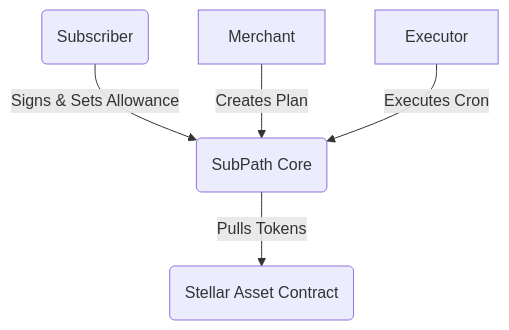
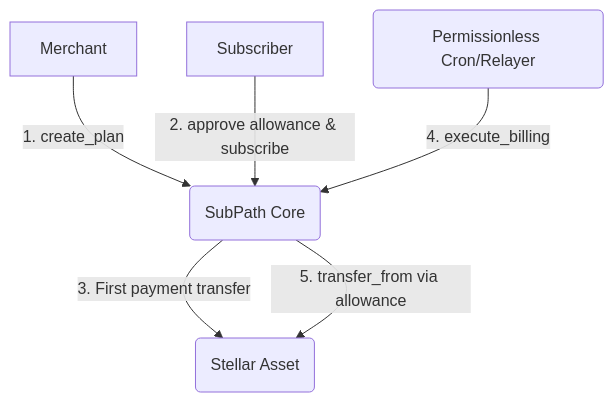
The diagram in README.md (SubPath-Protocol/subpath-contract), drawn with Mermaid before and after one commit. The commit also changed other lines of this file, not shown here.

Commit message:
docs(readme): add testnet deployment details, permissionless billing specs, and CI check names

````diff
--- a/README.md
+++ b/README.md
@@ -15,7 +26,8 @@
 ```mermaid
 graph TD
-    User(Subscriber) -->|Signs & Sets Allowance| Contract(SubPath Core)
-    Merchant -->|Creates Plan| Contract
-    Executor -->|Executes Cron| Contract
-    Contract -->|Pulls Tokens| Token(Stellar Asset Contract)
+    Merchant -->|1. create_plan| Contract(SubPath Core)
+    Subscriber -->|2. approve allowance & subscribe| Contract
+    Contract -->|3. First payment transfer| Token(Stellar Asset)
+    Anyone(Permissionless Cron/Relayer) -->|4. execute_billing| Contract
+    Contract -->|5. transfer_from via allowance| Token
 ```
````
